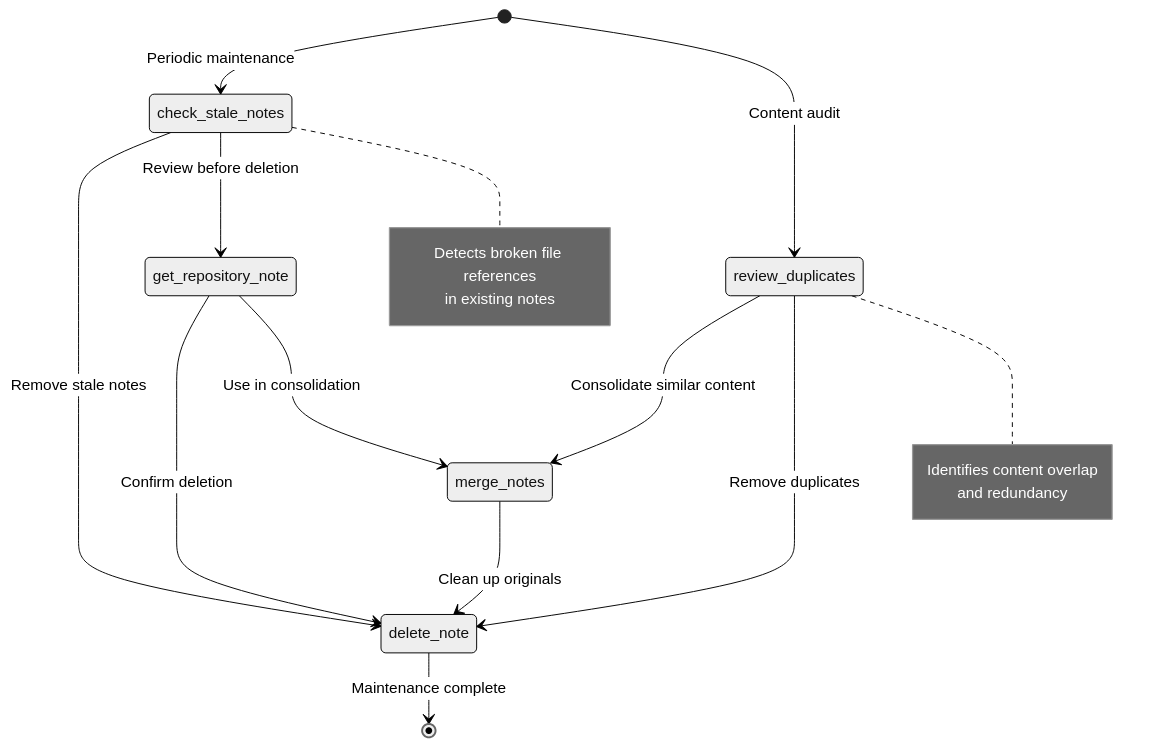
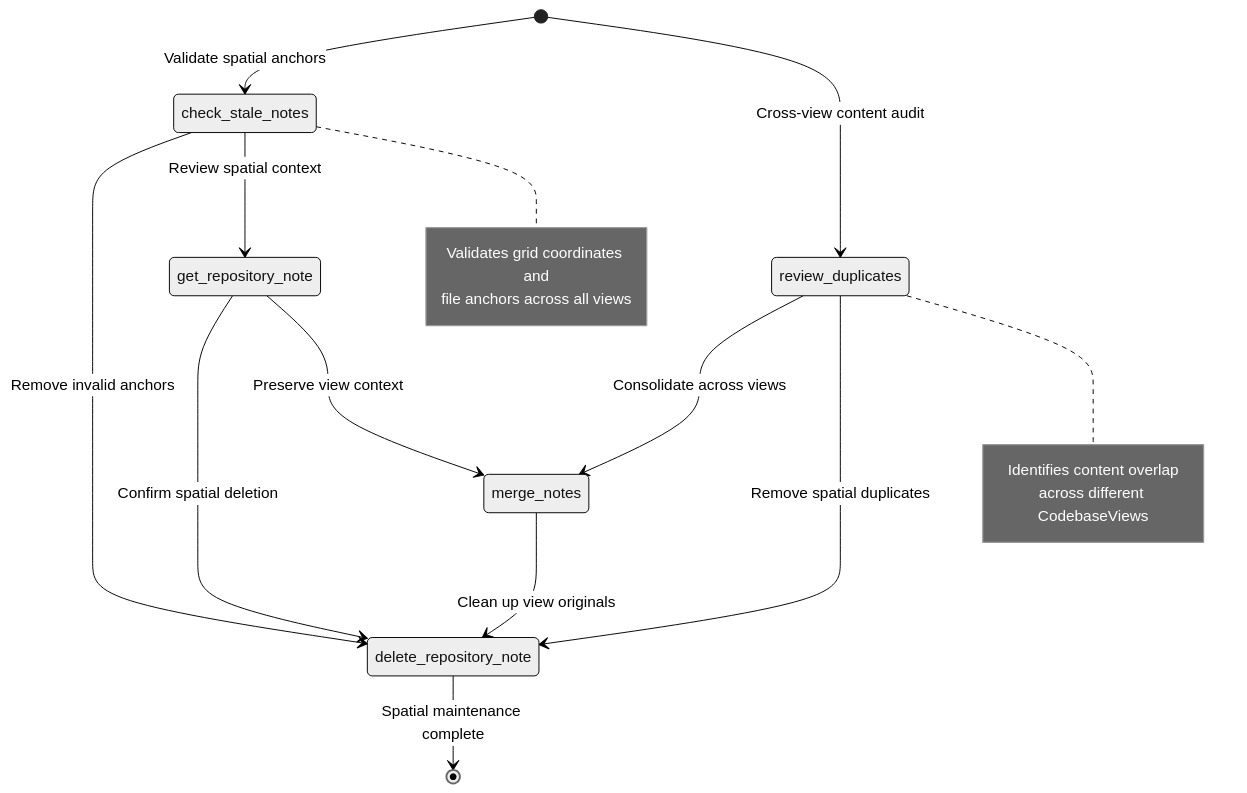
The second of 3 diagrams in docs/tool-workflows/main-workflow.md (a24z-ai/a24z-memory), drawn with Mermaid (neutral theme) before and after one commit. The commit also changed other lines of this file and 71 other files, not shown here.

First line of the commit message:
feat: replace AskA24zMemoryTool with ListCodebaseViewsTool

````diff
--- a/docs/tool-workflows/main-workflow.md
+++ b/docs/tool-workflows/main-workflow.md
@@ -33,27 +33,27 @@
 ```mermaid
 stateDiagram-v2
-    [*] --> check_stale_notes: Periodic maintenance
-    [*] --> review_duplicates: Content audit
+    [*] --> check_stale_notes: Validate spatial anchors
+    [*] --> review_duplicates: Cross-view content audit
 
-    check_stale_notes --> delete_note: Remove stale notes
-    check_stale_notes --> get_repository_note: Review before deletion
+    check_stale_notes --> delete_repository_note: Remove invalid anchors
+    check_stale_notes --> get_repository_note: Review spatial context
 
-    review_duplicates --> merge_notes: Consolidate similar content
-    review_duplicates --> delete_note: Remove duplicates
+    review_duplicates --> merge_notes: Consolidate across views
+    review_duplicates --> delete_repository_note: Remove spatial duplicates
 
-    get_repository_note --> delete_note: Confirm deletion
-    get_repository_note --> merge_notes: Use in consolidation
+    get_repository_note --> delete_repository_note: Confirm spatial deletion
+    get_repository_note --> merge_notes: Preserve view context
 
-    merge_notes --> delete_note: Clean up originals
-    delete_note --> [*]: Maintenance complete
+    merge_notes --> delete_repository_note: Clean up view originals
+    delete_repository_note --> [*]: Spatial maintenance complete
 
     note right of check_stale_notes
-        Detects broken file references
-        in existing notes
+        Validates grid coordinates and
+        file anchors across all views
     end note
 
     note right of review_duplicates
         Identifies content overlap
-        and redundancy
+        across different CodebaseViews
     end note
 ```
````
